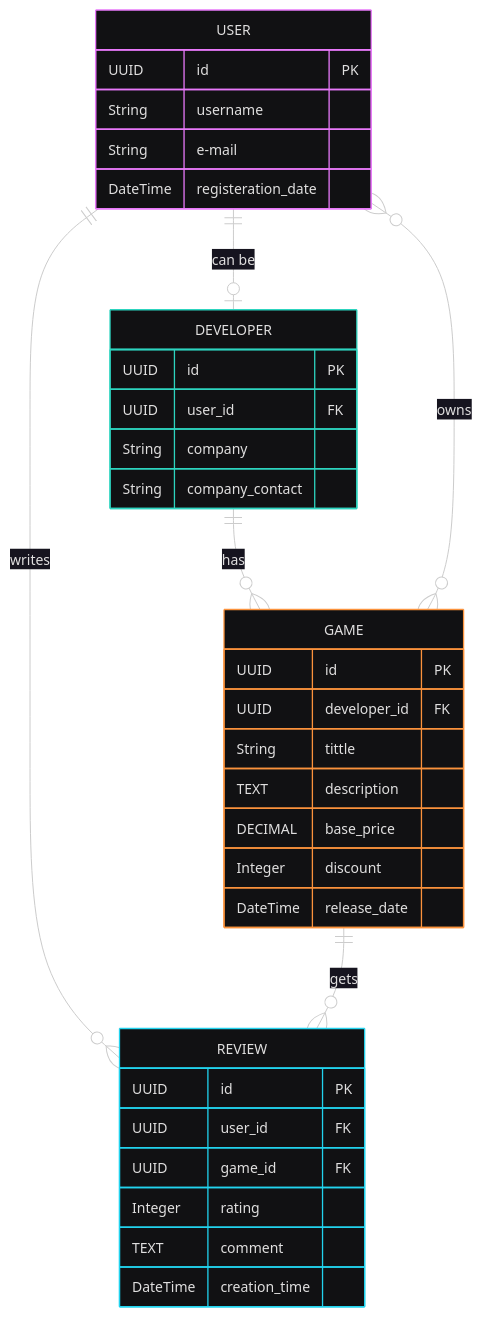
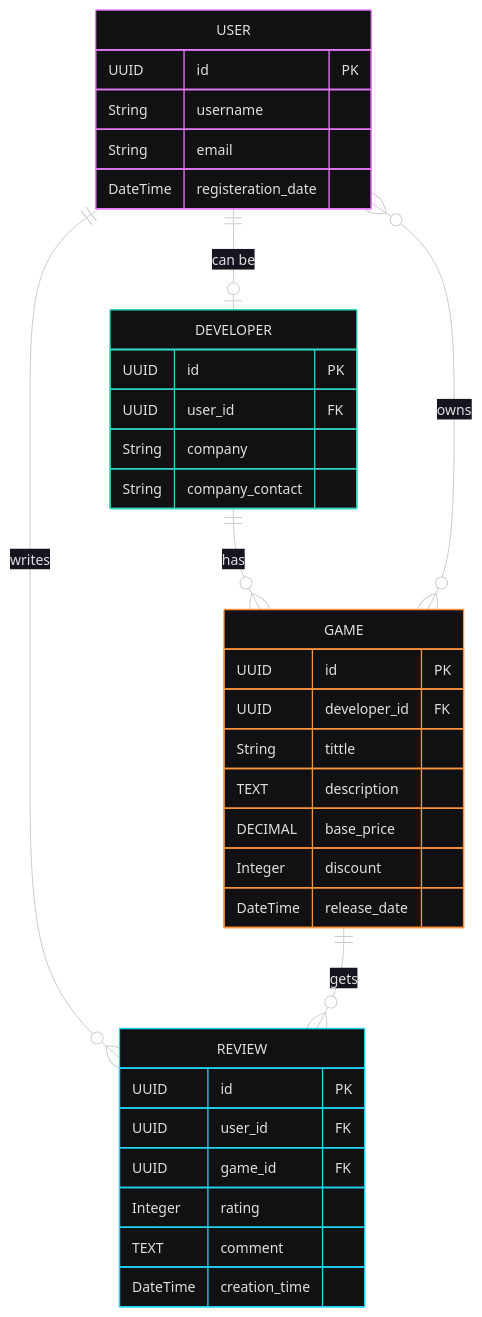
One commit to KotiasFeet/kpi_2026 changed the diagram in lab_1/diagram.mmd. Above: the diagram before and after it, drawn with Mermaid. The commit also changed 1 other file, not shown here.

```diff
--- a/lab_1/diagram.mmd
+++ b/lab_1/diagram.mmd
@@ -1,43 +1,43 @@
 ---
 config:
   theme: redux-dark-color
 ---
 erDiagram
     USER ||--o| DEVELOPER : "can be"
     DEVELOPER ||--o{ GAME : "has"
     USER }o--o{ GAME : "owns"
     USER ||--o{ REVIEW : "writes"
     GAME ||--o{ REVIEW : "gets"
 
     USER {
         UUID id PK
         String username
-        String e-mail
+        String email
         DateTime registeration_date
     }
 
     DEVELOPER {
         UUID id PK
 				UUID user_id FK
         String company
         String company_contact
     }
 
     GAME {
         UUID id PK
 				UUID developer_id FK
         String tittle
         TEXT description
         DECIMAL base_price
         Integer discount
         DateTime release_date
     }
 
     REVIEW {
         UUID id PK
 				UUID user_id FK
 				UUID game_id FK
         Integer rating
         TEXT comment
         DateTime creation_time
     }
```
